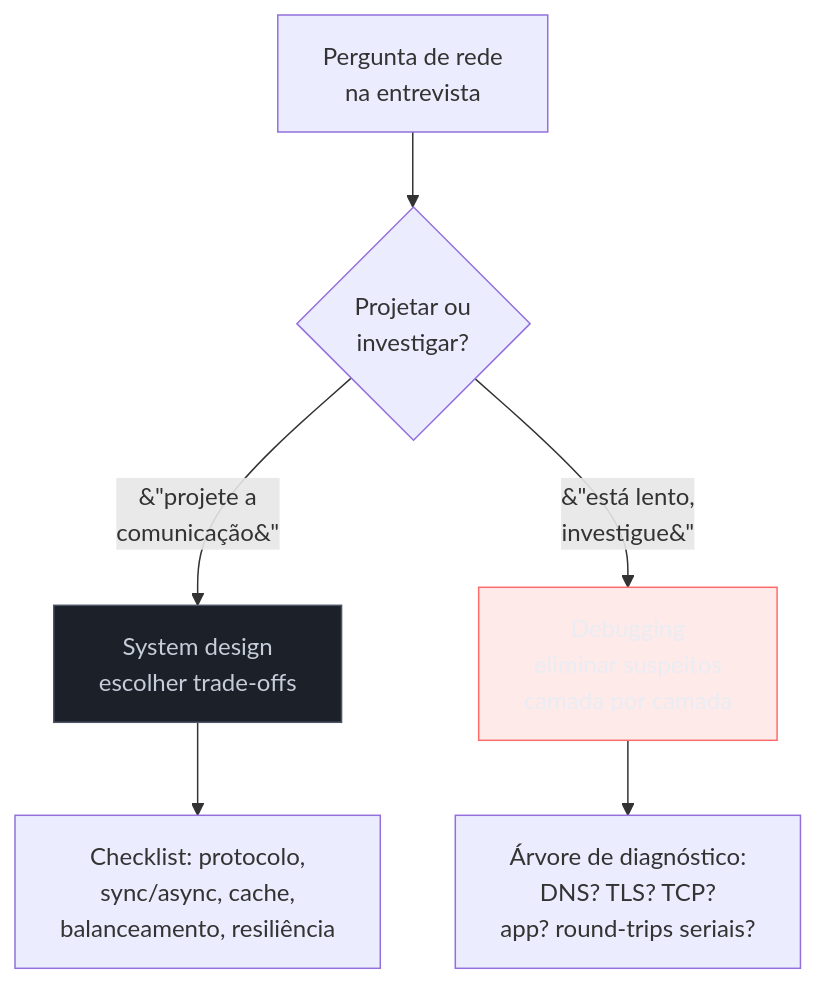
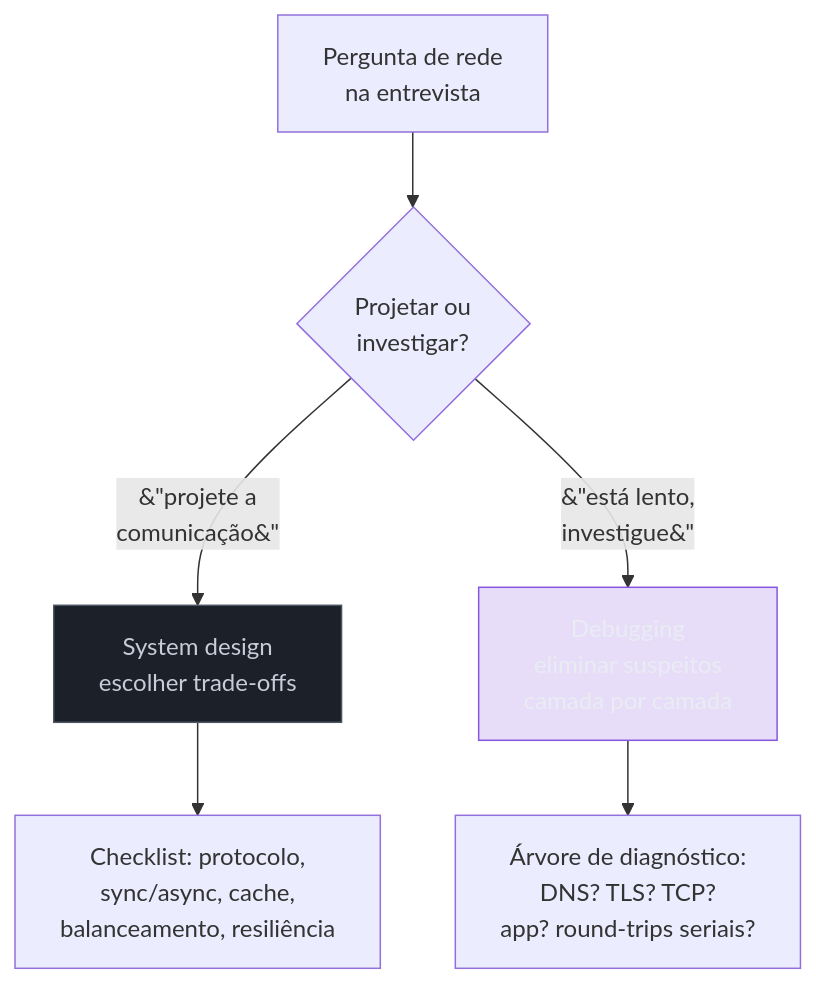
One commit to josenaldo/codex-technomanticus changed the first of 4 diagrams in 03-Dominios/Ciência/Redes e Protocolos/15 - Redes em entrevista.md. Above: the diagram before and after it, drawn with Mermaid. The commit also changed other lines of this file and 601 other files, not shown here.

````diff
--- a/03-Dominios/Ciência/Redes e Protocolos/15 - Redes em entrevista.md
+++ b/03-Dominios/Ciência/Redes e Protocolos/15 - Redes em entrevista.md
@@ -37,13 +37,13 @@
 ```mermaid
 flowchart TD
+    classDef marca fill:#8855DF33,stroke:#8855DF,color:#E9ECF2
     classDef neutro fill:#1B2029,stroke:#4E5666,color:#C6CCD8
-    classDef falha fill:#FF6B6B24,stroke:#FF6B6B,color:#E9ECF2
     Q["Pergunta de rede<br/>na entrevista"] --> TIPO{"Projetar ou<br/>investigar?"}
     TIPO -->|"&#34;projete a<br/>comunicação&#34;"| SD["System design<br/>escolher trade-offs"]
     TIPO -->|"&#34;está lento,<br/>investigue&#34;"| DBG["Debugging<br/>eliminar suspeitos<br/>camada por camada"]
     SD --> CHK["Checklist: protocolo,<br/>sync/async, cache,<br/>balanceamento, resiliência"]
     DBG --> ARV["Árvore de diagnóstico:<br/>DNS? TLS? TCP?<br/>app? round-trips seriais?"]
 
     class SD neutro
-    class DBG falha
+    class DBG marca
 ```
````
